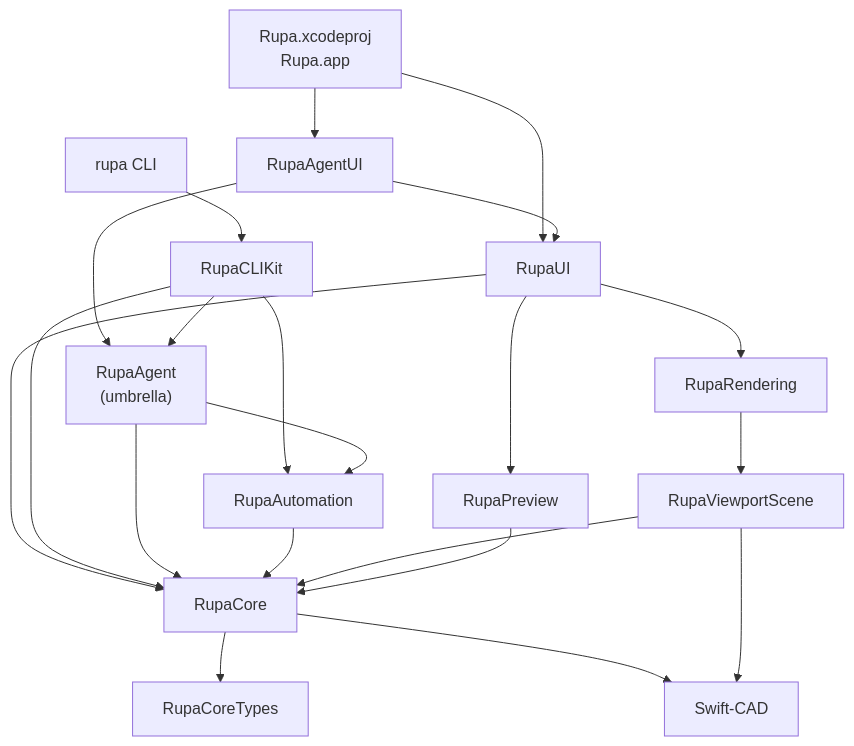
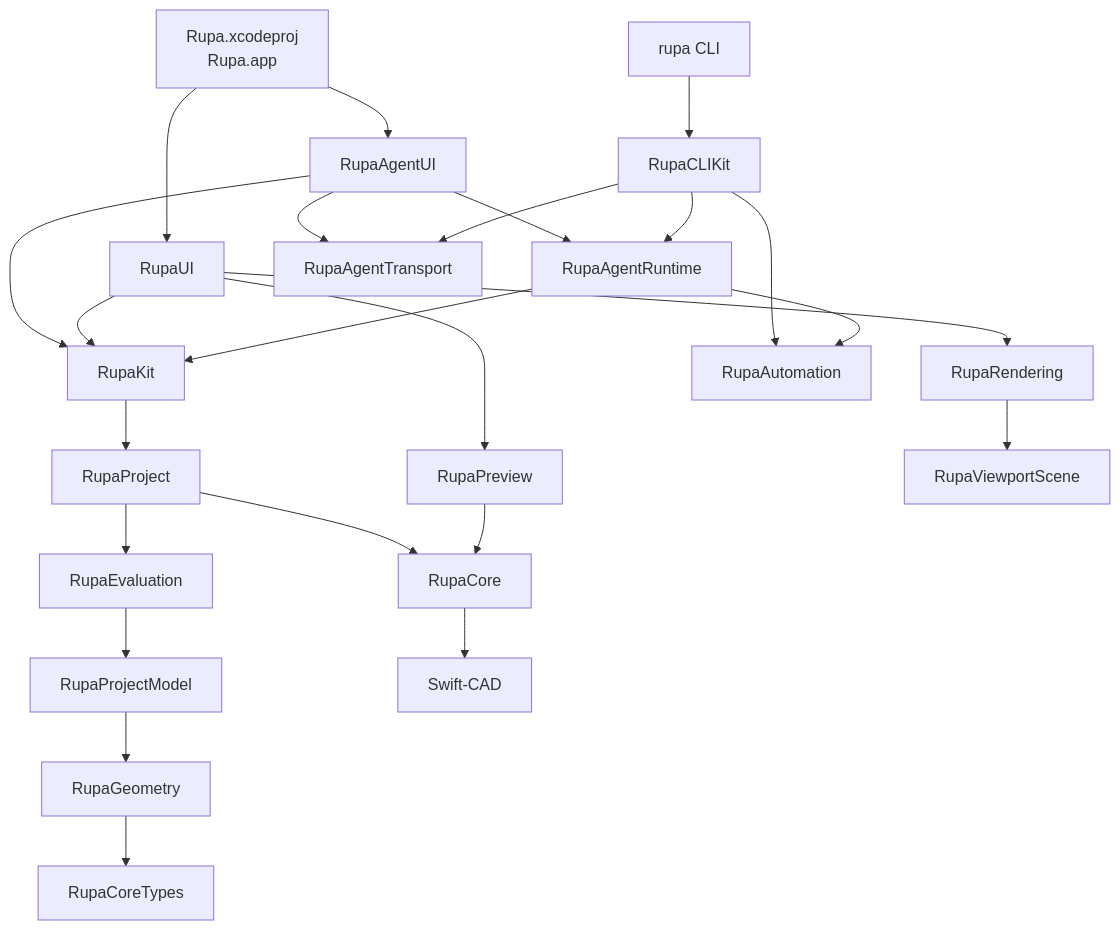
Before and after one commit to 1amageek/Rupa: the first of 27 diagrams in Rupa/SPEC.md, drawn with Mermaid. The commit also changed other lines of this file and 5 other files, not shown here.

````diff
--- a/Rupa/SPEC.md
+++ b/Rupa/SPEC.md
@@ -56,23 +56,26 @@
 ```mermaid
 flowchart TD
     App["Rupa.xcodeproj<br/>Rupa.app"] --> AgentUI["RupaAgentUI"]
     App --> UI["RupaUI"]
-    AgentUI --> UI
-    AgentUI --> Agent["RupaAgent<br/>(umbrella)"]
-    UI --> Core["RupaCore"]
+    AgentUI --> Runtime["RupaAgentRuntime"]
+    AgentUI --> Transport["RupaAgentTransport"]
+    AgentUI --> Kit["RupaKit"]
+    UI --> Kit
     UI --> Rendering["RupaRendering"]
     UI --> Preview["RupaPreview"]
     CLI["rupa CLI"] --> CLIKit["RupaCLIKit"]
-    CLIKit --> Agent
+    CLIKit --> Runtime
+    CLIKit --> Transport
     CLIKit --> Automation["RupaAutomation"]
-    CLIKit --> Core
-    Agent --> Automation
-    Agent --> Core
-    Automation --> Core
+    Runtime --> Kit
+    Runtime --> Automation
+    Kit --> Project["RupaProject"]
+    Project --> Core["RupaCore"]
+    Project --> Evaluation["RupaEvaluation"]
     Rendering --> ViewportScene["RupaViewportScene"]
-    ViewportScene --> Core
     Preview --> Core
-    Core --> CoreTypes["RupaCoreTypes"]
+    Evaluation --> ProjectModel["RupaProjectModel"]
+    ProjectModel --> Geometry["RupaGeometry"]
+    Geometry --> CoreTypes["RupaCoreTypes"]
     Core --> SwiftCAD["Swift-CAD"]
-    ViewportScene --> SwiftCAD
 ```
````
